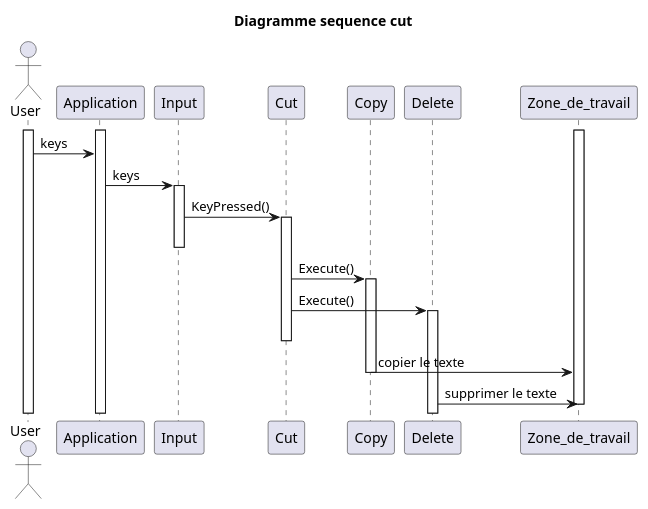
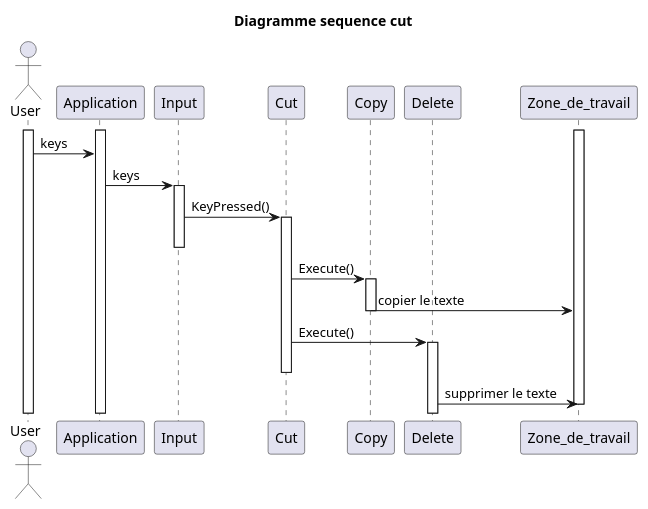
Before and after one commit to Emeraudia/ESIR2_Dracer: the first of 2 diagrams in OMD/TP2/diagrams.wsd, drawn with PlantUML.

```diff
--- a/OMD/TP2/diagrams.wsd
+++ b/OMD/TP2/diagrams.wsd
@@ -1,31 +1,32 @@
 @startuml sequence cut
 title Diagramme sequence cut
 actor User
 participant Application
 participant Input
 participant Cut
 participant Copy
 participant Delete
 participant Zone_de_travail
 
 activate Zone_de_travail
 activate User
 activate Application
 User -> Application : keys
 
 Application -> Input : keys
 activate Input
 Input -> Cut : KeyPressed()
 activate Cut
 deactivate Input
 Cut -> Copy : Execute()
 activate Copy
+Copy -> Zone_de_travail : copier le texte
+deactivate Copy
 Cut -> Delete : Execute()
 activate Delete
 deactivate Cut
 
-Copy -> Zone_de_travail : copier le texte
-deactivate Copy
+
 Delete -> Zone_de_travail : supprimer le texte
 deactivate Zone_de_travail
 @enduml
```
